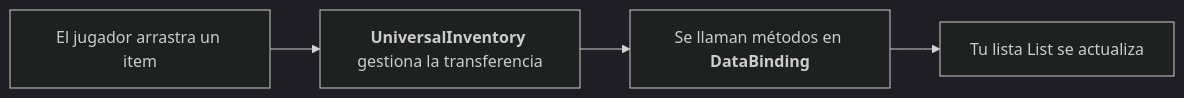
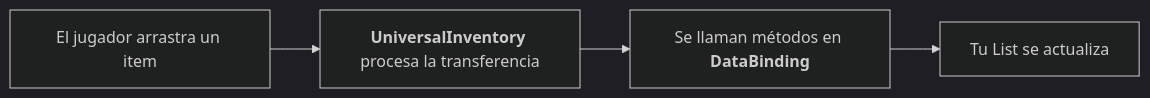
One commit to SergeevSergey99/DragAndDropSystem-Docs changed the diagram in .docs/content/getting-started/quick-start.es.md. Above: the diagram before and after it, drawn with Mermaid (dark theme). The commit also changed other lines of this file and 19 other files, not shown here.

````diff
--- a/.docs/content/getting-started/quick-start.es.md
+++ b/.docs/content/getting-started/quick-start.es.md
@@ -144,6 +160,6 @@
 ```mermaid
 flowchart LR
-    A["El jugador arrastra un item"] --> B["<b>UniversalInventory</b> gestiona la transferencia"]
+    A["El jugador arrastra un item"] --> B["<b>UniversalInventory</b> procesa la transferencia"]
     B --> C["Se llaman métodos en <b>DataBinding</b>"]
-    C --> D["Tu lista List<ItemSO> se actualiza"]
+    C --> D["Tu List<ItemSO> se actualiza"]
 ```
````
